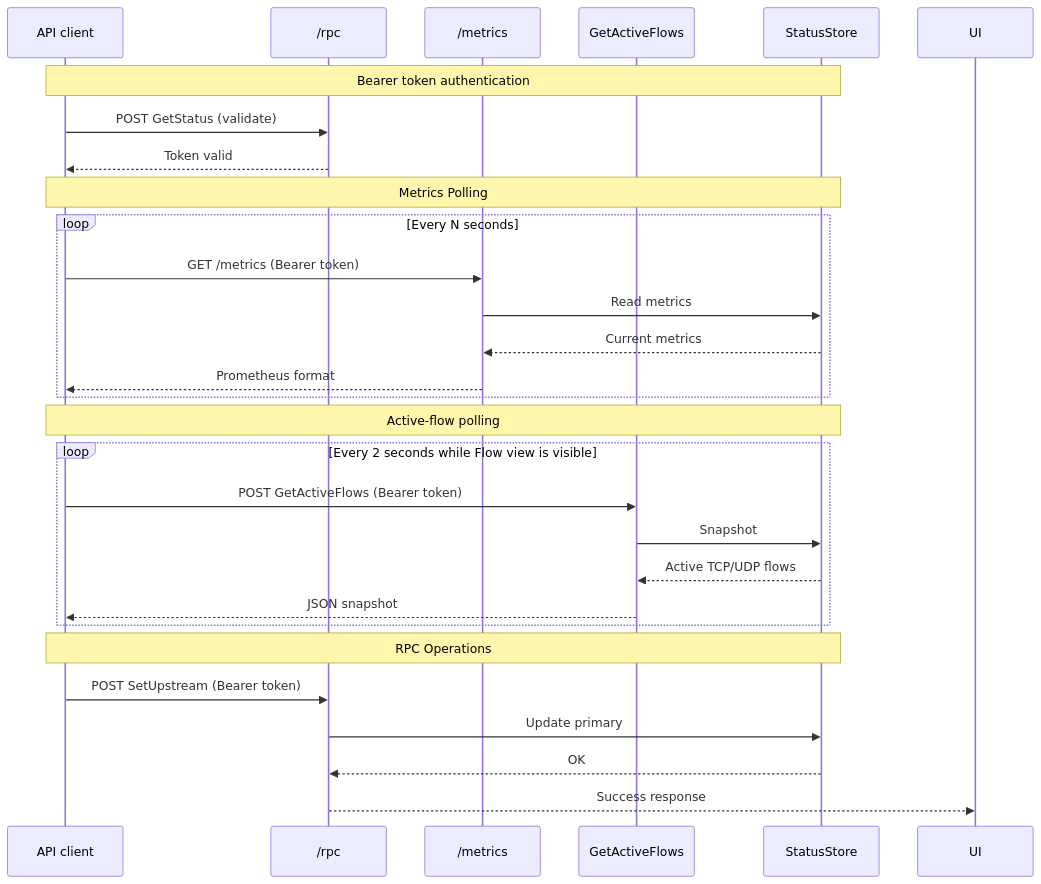
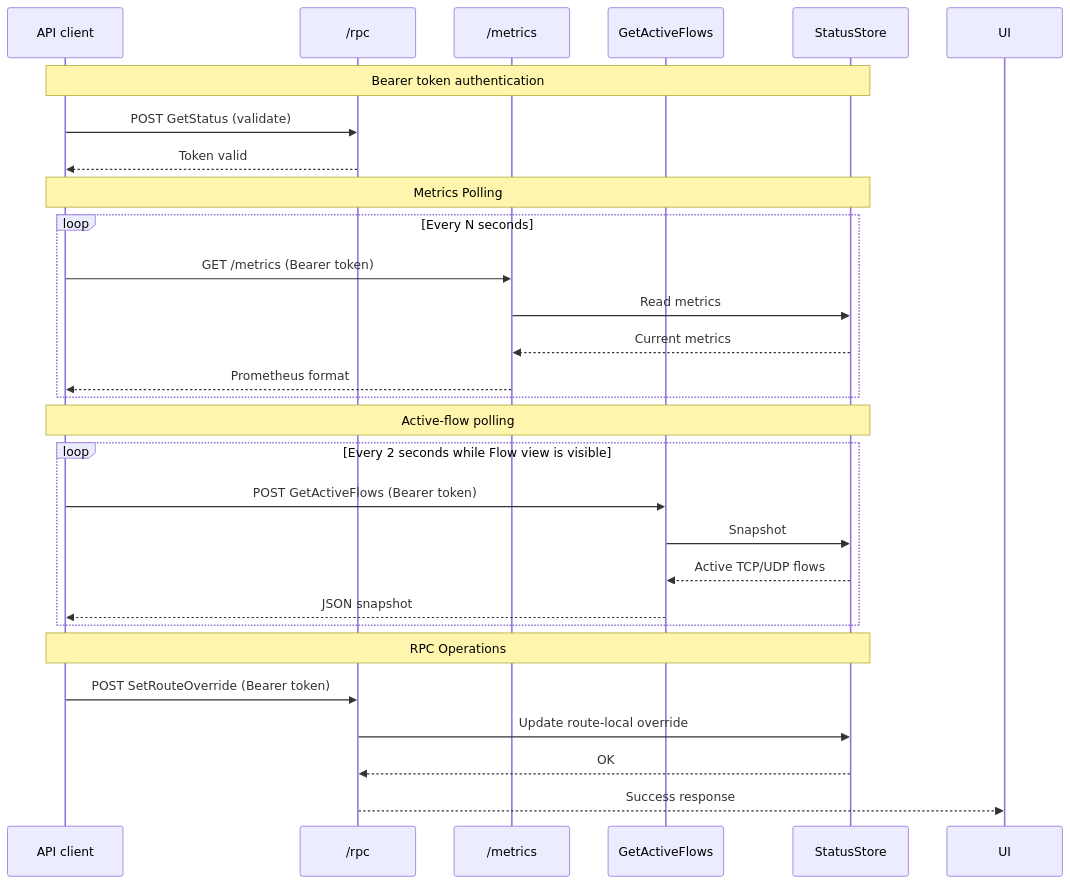
Before and after one commit to NodePath81/fbforward: diagram 14 of 14 in doc/diagrams.md, drawn with Mermaid. The commit also changed other lines of this file and 23 other files, not shown here.

Commit message:
feat(route): add route-local upstream overrides

````diff
--- a/doc/diagrams.md
+++ b/doc/diagrams.md
@@ -425,34 +427,34 @@
 ```mermaid
 sequenceDiagram
     participant Client as API client
     participant RPC as /rpc
     participant Metrics as /metrics
     participant Flows as GetActiveFlows
     participant Store as StatusStore
 
     Note over Client,Store: Bearer token authentication
     Client->>RPC: POST GetStatus (validate)
     RPC-->>Client: Token valid
 
     Note over Client,Store: Metrics Polling
     loop Every N seconds
         Client->>Metrics: GET /metrics (Bearer token)
         Metrics->>Store: Read metrics
         Store-->>Metrics: Current metrics
         Metrics-->>Client: Prometheus format
     end
 
     Note over Client,Store: Active-flow polling
     loop Every 2 seconds while Flow view is visible
         Client->>Flows: POST GetActiveFlows (Bearer token)
         Flows->>Store: Snapshot
         Store-->>Flows: Active TCP/UDP flows
         Flows-->>Client: JSON snapshot
     end
 
     Note over Client,Store: RPC Operations
-    Client->>RPC: POST SetUpstream (Bearer token)
-    RPC->>Store: Update primary
+    Client->>RPC: POST SetRouteOverride (Bearer token)
+    RPC->>Store: Update route-local override
     Store-->>RPC: OK
     RPC-->>UI: Success response
 ```
````
